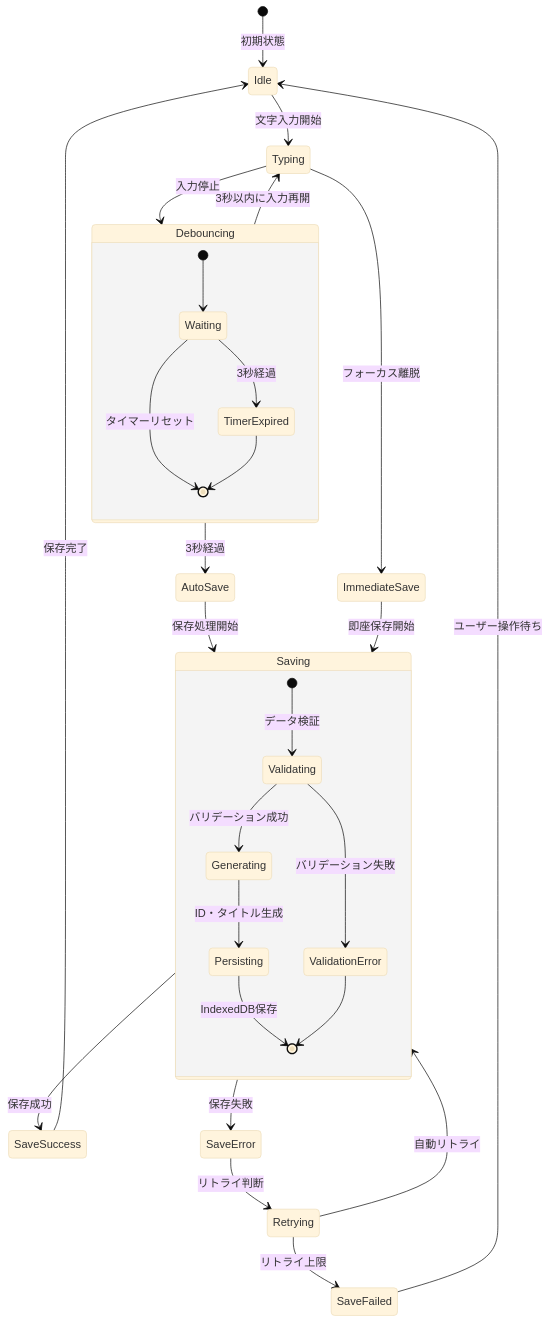
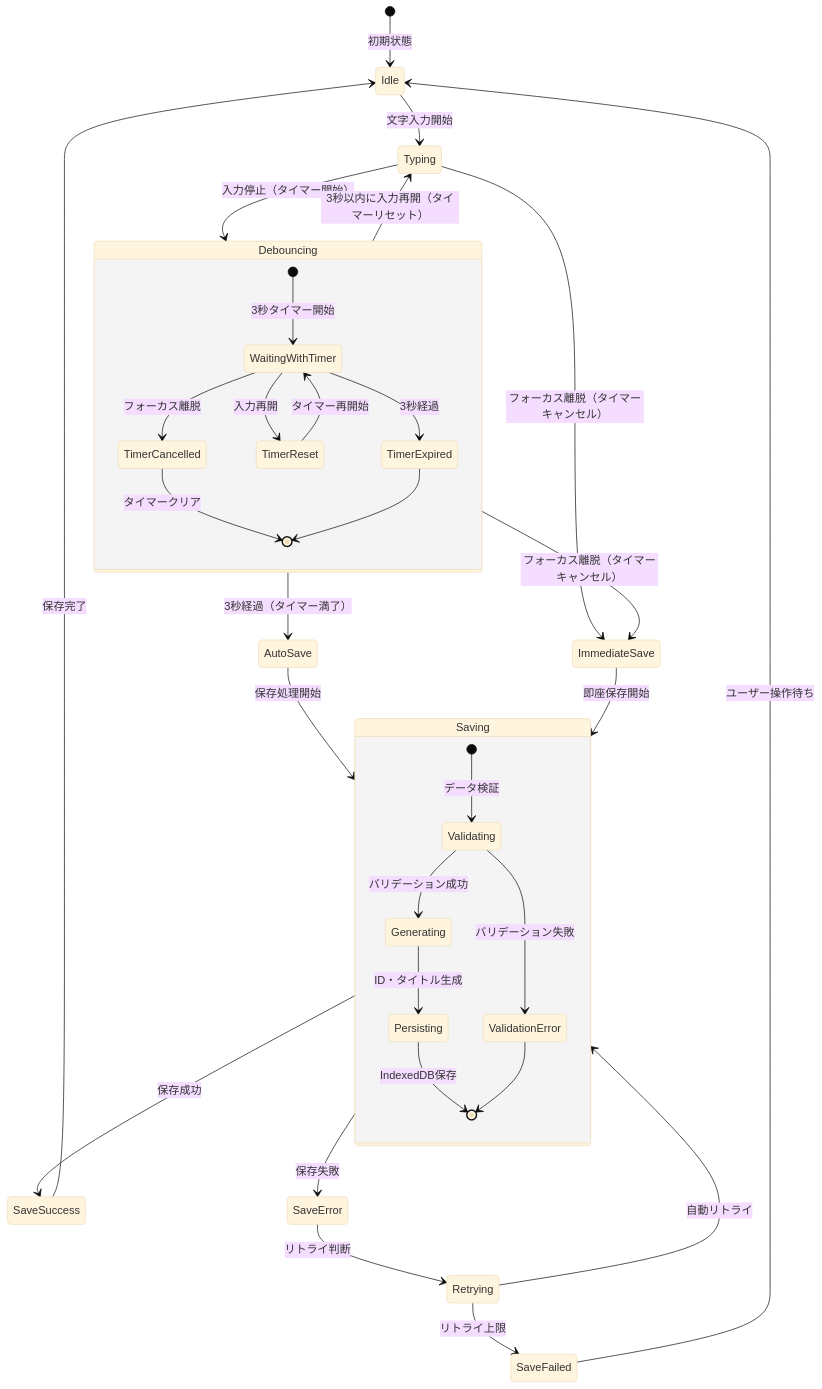
The second of 5 diagrams in stateTransition.md (KajiyaManzou/ai-MyNotes), drawn with Mermaid (base theme) before and after one commit. The commit also changed other lines of this file and 3 other files, not shown here.

````diff
--- a/stateTransition.md
+++ b/stateTransition.md
@@ -68,41 +69,45 @@
 ```mermaid
 stateDiagram-v2
     [*] --> Idle : 初期状態
     
     Idle --> Typing : 文字入力開始
-    Typing --> Debouncing : 入力停止
-    Typing --> ImmediateSave : フォーカス離脱
+    Typing --> Debouncing : 入力停止（タイマー開始）
+    Typing --> ImmediateSave : フォーカス離脱（タイマーキャンセル）
     
-    Debouncing --> Typing : 3秒以内に入力再開
-    Debouncing --> AutoSave : 3秒経過
+    Debouncing --> Typing : 3秒以内に入力再開（タイマーリセット）
+    Debouncing --> AutoSave : 3秒経過（タイマー満了）
+    Debouncing --> ImmediateSave : フォーカス離脱（タイマーキャンセル）
     
     AutoSave --> Saving : 保存処理開始
     ImmediateSave --> Saving : 即座保存開始
     
     Saving --> SaveSuccess : 保存成功
     Saving --> SaveError : 保存失敗
     
     SaveSuccess --> Idle : 保存完了
     SaveError --> Retrying : リトライ判断
     
     Retrying --> Saving : 自動リトライ
     Retrying --> SaveFailed : リトライ上限
     
     SaveFailed --> Idle : ユーザー操作待ち
     
     state Debouncing {
-        [*] --> Waiting
-        Waiting --> [*] : タイマーリセット
-        Waiting --> TimerExpired : 3秒経過
+        [*] --> WaitingWithTimer : 3秒タイマー開始
+        WaitingWithTimer --> TimerCancelled : フォーカス離脱
+        WaitingWithTimer --> TimerReset : 入力再開
+        WaitingWithTimer --> TimerExpired : 3秒経過
+        TimerCancelled --> [*] : タイマークリア
+        TimerReset --> WaitingWithTimer : タイマー再開始
         TimerExpired --> [*]
     }
     
     state Saving {
         [*] --> Validating : データ検証
         Validating --> Generating : バリデーション成功
         Validating --> ValidationError : バリデーション失敗
         Generating --> Persisting : ID・タイトル生成
         Persisting --> [*] : IndexedDB保存
         ValidationError --> [*]
     }
 ```
````
